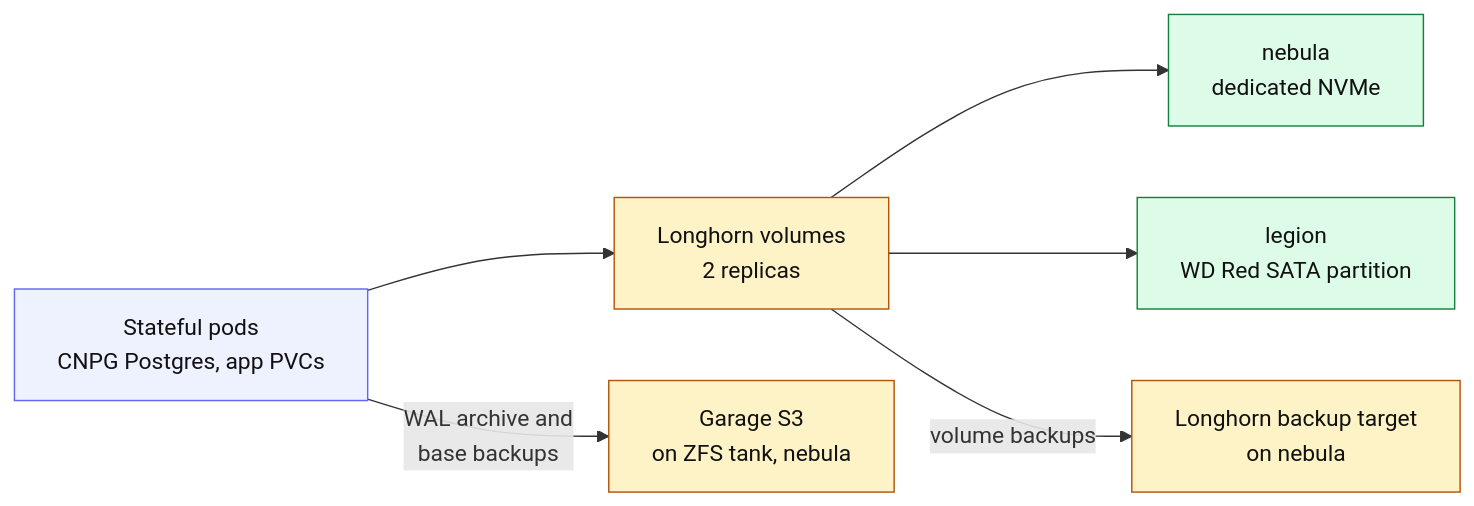
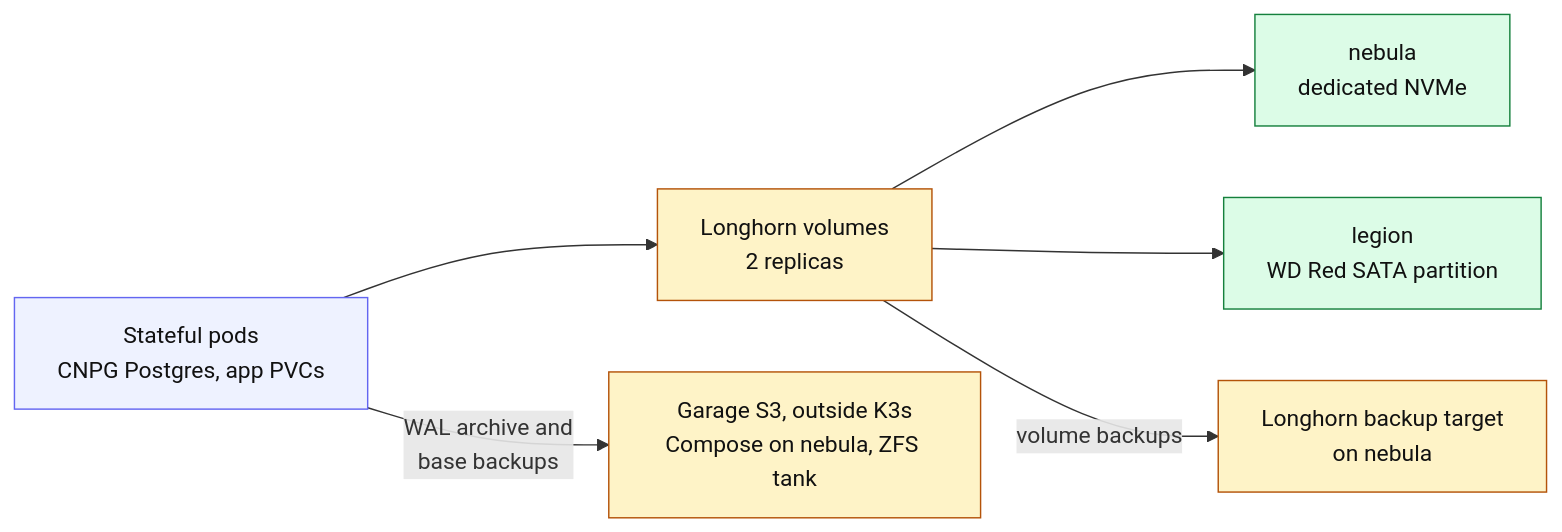
One commit to home-compute-cluster/docs changed the third of 5 diagrams in docs/system-architecture/home-cluster.md. Above: the diagram before and after it, drawn with Mermaid. The commit also changed other lines of this file and 1 other file, not shown here.

First line of the commit message:
Record Seafile in K3s and Garage as the external backup

````diff
--- a/docs/system-architecture/home-cluster.md
+++ b/docs/system-architecture/home-cluster.md
@@ -195,23 +195,23 @@
 ```mermaid
 flowchart LR
     apps["Stateful pods<br/>CNPG Postgres, app PVCs"]
     longhorn["Longhorn volumes<br/>2 replicas"]
     neb_nvme["nebula<br/>dedicated NVMe"]
     leg_sata["legion<br/>WD Red SATA partition"]
-    garage["Garage S3<br/>on ZFS tank, nebula"]
+    garage["Garage S3, outside K3s<br/>Compose on nebula, ZFS tank"]
     lh_backup["Longhorn backup target<br/>on nebula"]
 
     apps --> longhorn
     longhorn --> neb_nvme
     longhorn --> leg_sata
     apps -->|"WAL archive and<br/>base backups"| garage
     longhorn -->|"volume backups"| lh_backup
 
     classDef store fill:#fef3c7,stroke:#b45309,color:#111
     classDef worker fill:#dcfce7,stroke:#15803d,color:#111
     classDef app fill:#eef2ff,stroke:#6366f1,color:#111
 
     class longhorn,garage,lh_backup store
     class neb_nvme,leg_sata worker
     class apps app
 ```
````
